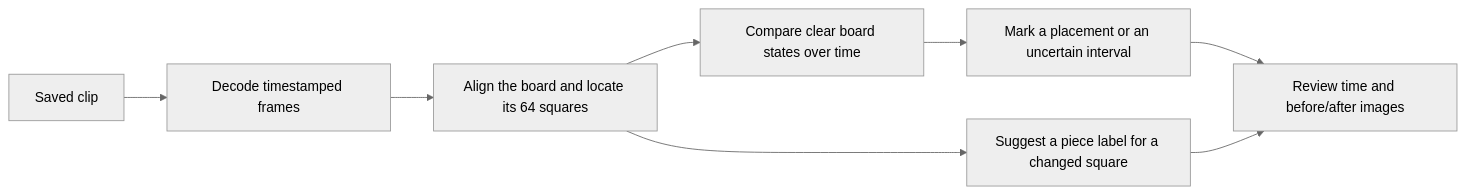
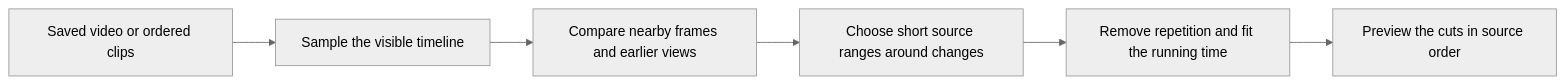
Before and after one commit to mieweb/pulse: the diagram in docs/on-device-visual-models.md, drawn with Mermaid (neutral theme). The commit also changed other lines of this file and 10 other files, not shown here.

Commit message:
Prototype a subject-independent beatlapse from video frames

````diff
--- a/docs/on-device-visual-models.md
+++ b/docs/on-device-visual-models.md
@@ -54,10 +69,8 @@
 ```mermaid
 flowchart LR
-  Video[Saved clip] --> Frames[Decode timestamped frames]
-  Frames --> Board[Align the board and locate its 64 squares]
-  Board --> Compare[Compare clear board states over time]
-  Compare --> Marker[Mark a placement or an uncertain interval]
-  Marker --> Review[Review time and before/after images]
-  Board --> Label[Suggest a piece label for a changed square]
-  Label --> Review
+  Input[Saved video or ordered clips] --> Frames[Sample the visible timeline]
+  Frames --> Compare[Compare nearby frames and earlier views]
+  Compare --> Windows[Choose short source ranges around changes]
+  Windows --> Budget[Remove repetition and fit the running time]
+  Budget --> Draft[Preview the cuts in source order]
 ```
````
